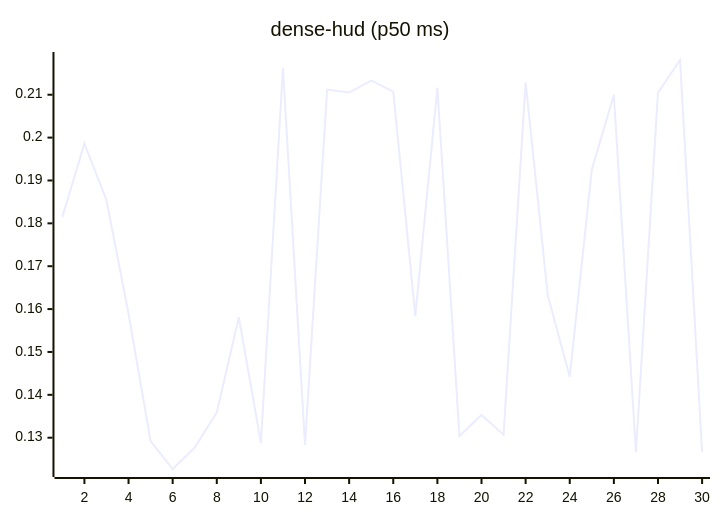
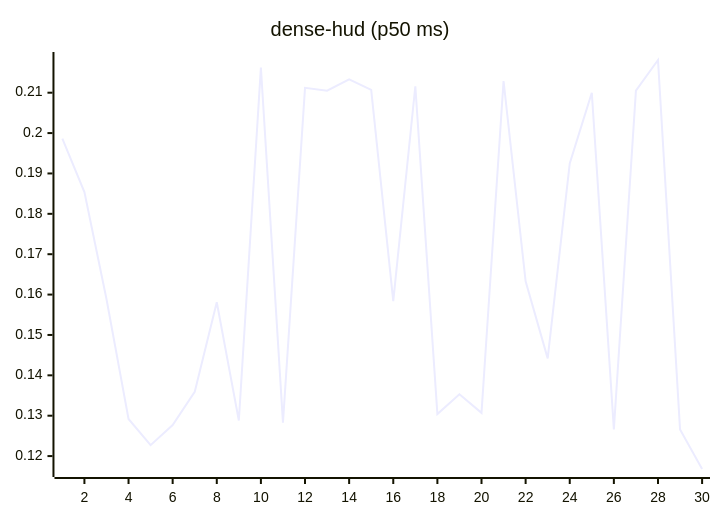
One commit to josha/Facet changed the eighth of 27 diagrams in README.md. Above: the diagram before and after it, drawn with Mermaid. The commit also changed other lines of this file and 2 other files, not shown here.

````diff
--- a/README.md
+++ b/README.md
@@ -112,6 +112,6 @@
 ```mermaid
 xychart-beta
     title "dense-hud (p50 ms)"
     x-axis 1 --> 30
-    line [0.1815, 0.1986, 0.1854, 0.1589, 0.1292, 0.1227, 0.1277, 0.1359, 0.1581, 0.1288, 0.2162, 0.1283, 0.2112, 0.2105, 0.2133, 0.2107, 0.1584, 0.2116, 0.1304, 0.1353, 0.1307, 0.2129, 0.1633, 0.1442, 0.1925, 0.2100, 0.1266, 0.2105, 0.2181, 0.1266]
+    line [0.1986, 0.1854, 0.1589, 0.1292, 0.1227, 0.1277, 0.1359, 0.1581, 0.1288, 0.2162, 0.1283, 0.2112, 0.2105, 0.2133, 0.2107, 0.1584, 0.2116, 0.1304, 0.1353, 0.1307, 0.2129, 0.1633, 0.1442, 0.1925, 0.2100, 0.1266, 0.2105, 0.2181, 0.1266, 0.1168]
 ```
````
